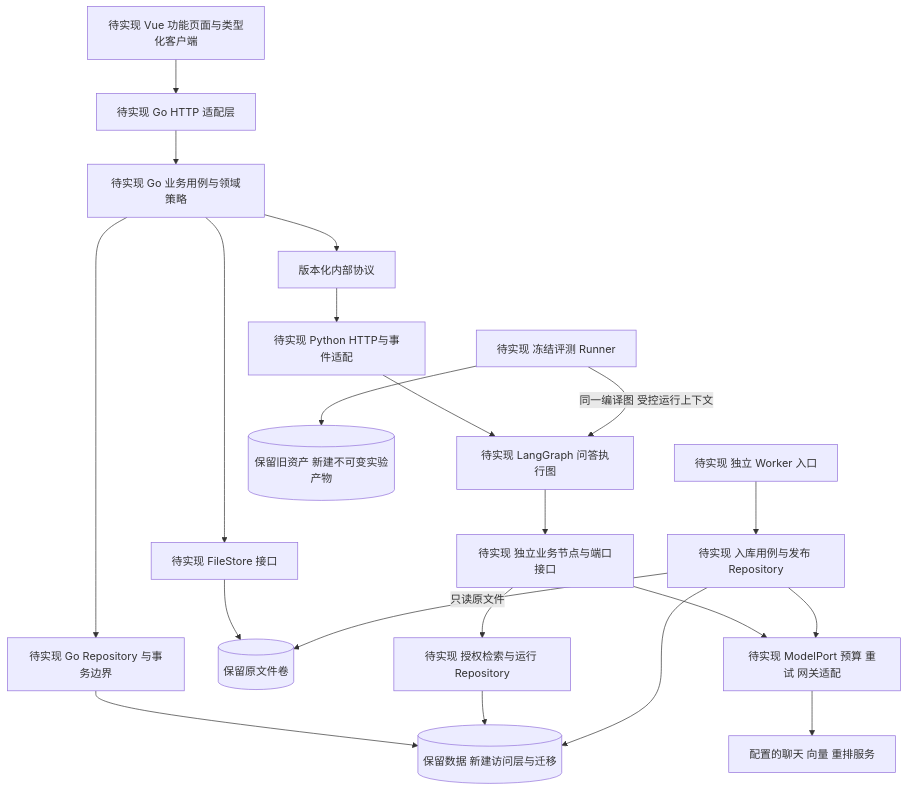
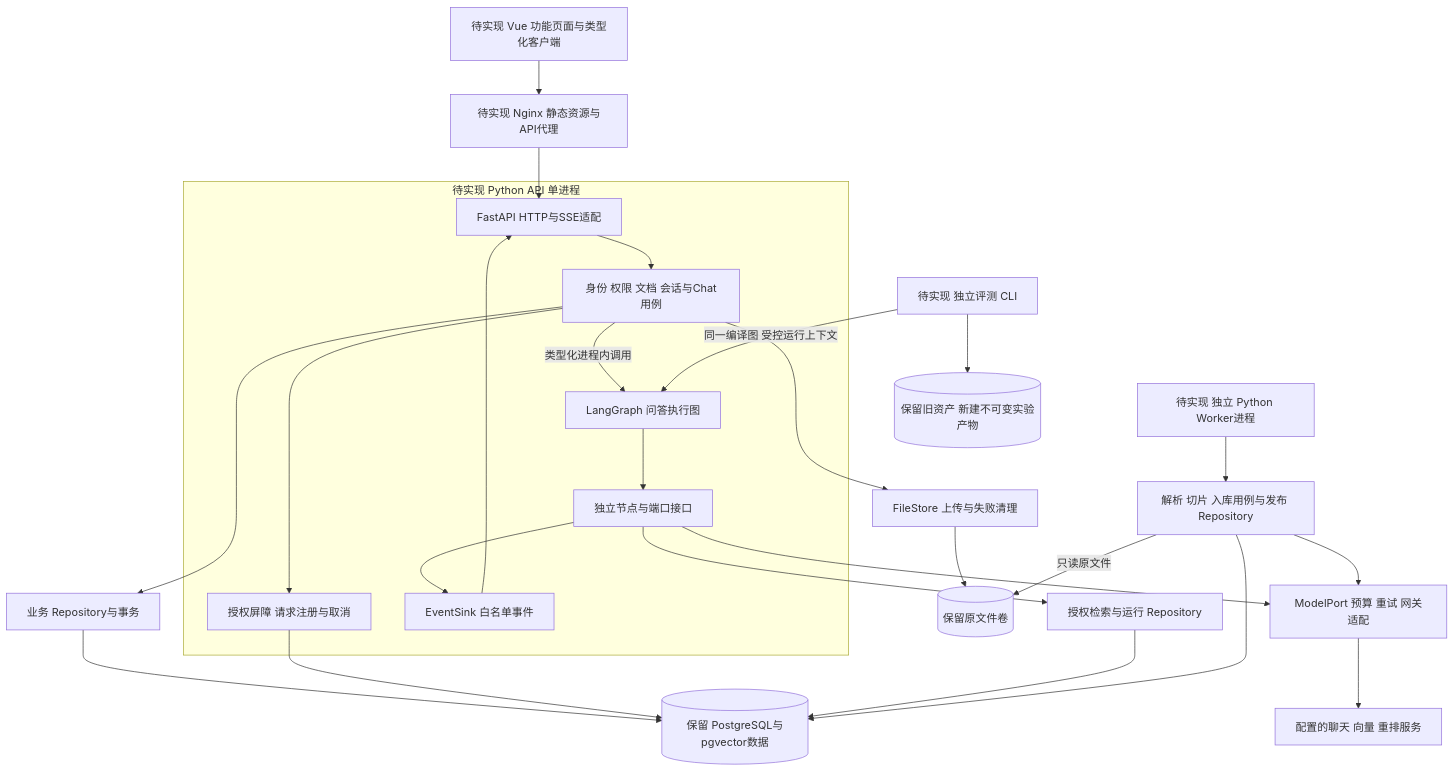
One commit to zjqylhy/it_helpdesk_rag changed the diagram in docs/redesign/diagrams/target-architecture.mmd. Above: the diagram before and after it, drawn with Mermaid. The commit also changed 11 other files, not shown here.

Commit message:
docs: redesign backend as unified Python API and worker

```diff
--- a/docs/redesign/diagrams/target-architecture.mmd
+++ b/docs/redesign/diagrams/target-architecture.mmd
@@ -1,21 +1,26 @@
 flowchart TB
-  V[待实现 Vue 功能页面与类型化客户端] --> H[待实现 Go HTTP 适配层]
-  H --> A[待实现 Go 业务用例与领域策略]
-  A --> GR[待实现 Go Repository 与事务边界]
-  GR --> DB[(保留数据 新建访问层与迁移)]
-  A --> FS[待实现 FileStore 接口]
+  V[待实现 Vue 功能页面与类型化客户端] --> WEB[待实现 Nginx 静态资源与API代理]
+  subgraph API[待实现 Python API 单进程]
+    H[FastAPI HTTP与SSE适配] --> A[身份 权限 文档 会话与Chat用例]
+    A --> AR[授权屏障 请求注册与取消]
+    A -->|类型化进程内调用| LG[LangGraph 问答执行图]
+    LG --> NP[独立节点与端口接口]
+    NP --> ES[EventSink 白名单事件]
+    ES --> H
+  end
+  WEB --> H
+  A --> BR[业务 Repository与事务]
+  BR --> DB[(保留 PostgreSQL与pgvector数据)]
+  A --> FS[FileStore 上传与失败清理]
   FS --> FILE[(保留原文件卷)]
-  A --> IP[版本化内部协议]
-  IP --> PY[待实现 Python HTTP与事件适配]
-  PY --> LG[待实现 LangGraph 问答执行图]
-  LG --> NP[待实现 独立业务节点与端口接口]
-  NP --> PR[待实现 授权检索与运行 Repository]
+  AR --> DB
+  NP --> PR[授权检索与运行 Repository]
   PR --> DB
-  NP --> MP[待实现 ModelPort 预算 重试 网关适配]
+  NP --> MP[ModelPort 预算 重试 网关适配]
   MP --> MODEL[配置的聊天 向量 重排服务]
-  WK[待实现 独立 Worker 入口] --> ING[待实现 入库用例与发布 Repository]
+  WK[待实现 独立 Python Worker进程] --> ING[解析 切片 入库用例与发布 Repository]
   ING --> DB
   ING -->|只读原文件| FILE
   ING --> MP
-  EV[待实现 冻结评测 Runner] -->|同一编译图 受控运行上下文| LG
+  EV[待实现 独立评测 CLI] -->|同一编译图 受控运行上下文| LG
   EV --> ART[(保留旧资产 新建不可变实验产物)]
```
